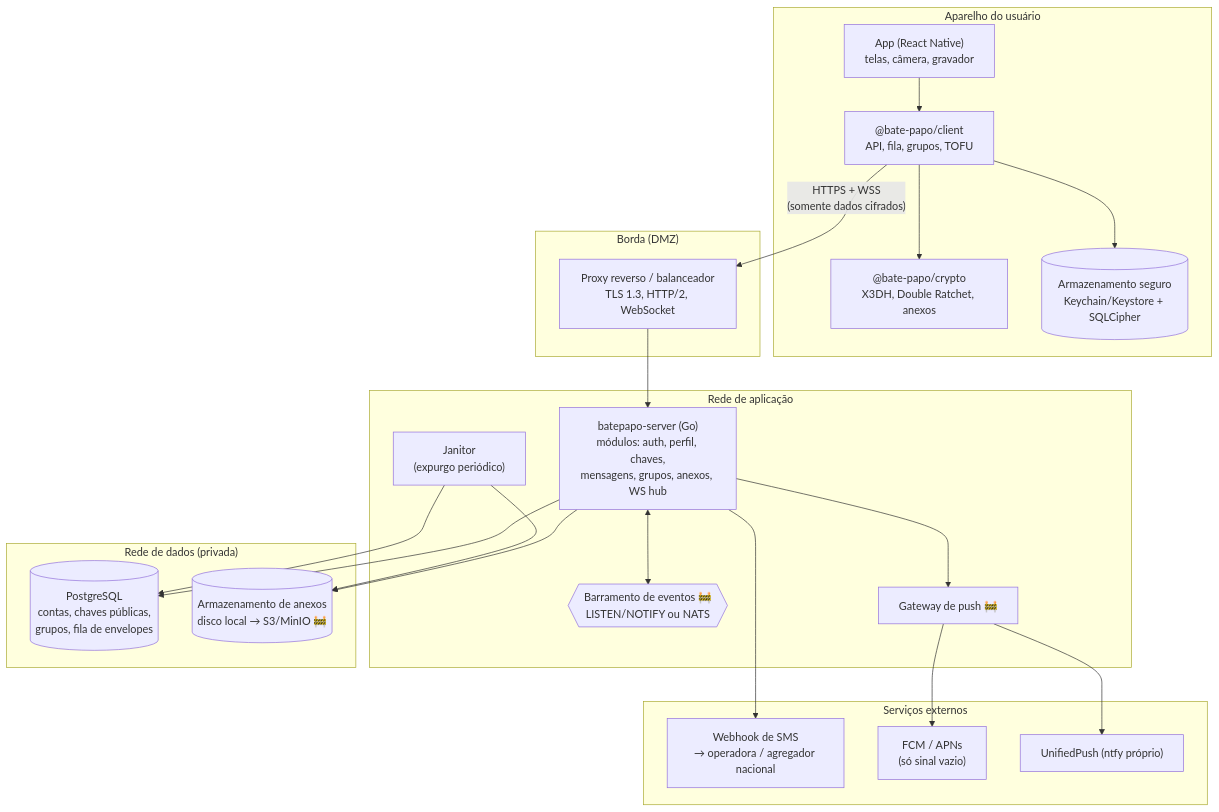
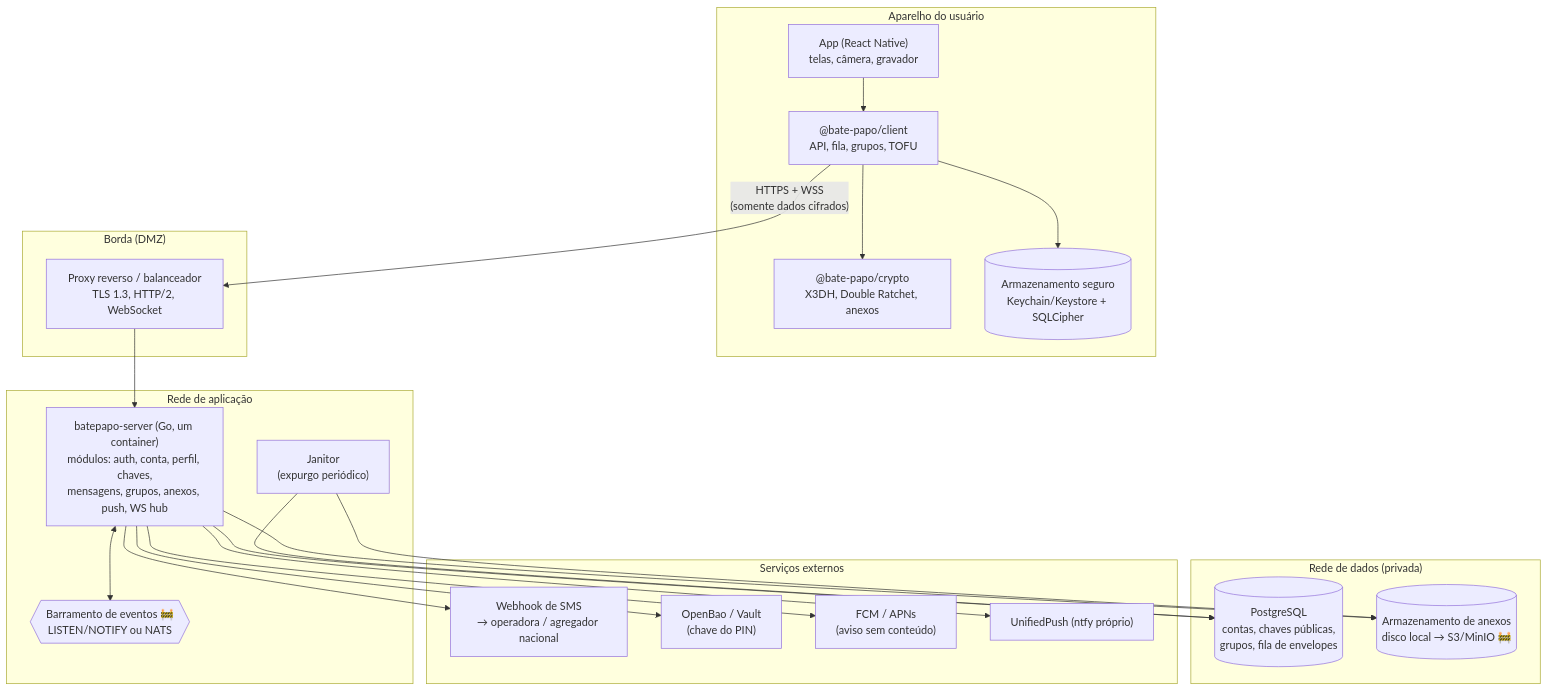
The third of 10 diagrams in docs/arquitetura-funcional.md (rodrigoffonseca/bate-papo), drawn with Mermaid before and after one commit. The commit also changed other lines of this file and 1 other file, not shown here.

````diff
--- a/docs/arquitetura-funcional.md
+++ b/docs/arquitetura-funcional.md
@@ -95,41 +218,42 @@
 ```mermaid
 flowchart TB
     subgraph Aparelho["Aparelho do usuário"]
         UI["App (React Native)<br/>telas, câmera, gravador"]
         SDK["@bate-papo/client<br/>API, fila, grupos, TOFU"]
         CRY["@bate-papo/crypto<br/>X3DH, Double Ratchet, anexos"]
         STO[("Armazenamento seguro<br/>Keychain/Keystore + SQLCipher")]
         UI --> SDK --> CRY
         SDK --> STO
     end
 
     subgraph Borda["Borda (DMZ)"]
         LB["Proxy reverso / balanceador<br/>TLS 1.3, HTTP/2, WebSocket"]
     end
 
     subgraph Aplicacao["Rede de aplicação"]
-        API["batepapo-server (Go)<br/>módulos: auth, perfil, chaves,<br/>mensagens, grupos, anexos, WS hub"]
+        API["batepapo-server (Go, um container)<br/>módulos: auth, conta, perfil, chaves,<br/>mensagens, grupos, anexos, push, WS hub"]
         JAN["Janitor<br/>(expurgo periódico)"]
         BUS{{"Barramento de eventos 🚧<br/>LISTEN/NOTIFY ou NATS"}}
-        PUSHGW["Gateway de push 🚧"]
     end
 
     subgraph Dados["Rede de dados (privada)"]
         PG[("PostgreSQL<br/>contas, chaves públicas,<br/>grupos, fila de envelopes")]
         BLOB[("Armazenamento de anexos<br/>disco local → S3/MinIO 🚧")]
     end
 
     subgraph Externos["Serviços externos"]
         SMS["Webhook de SMS<br/>→ operadora / agregador nacional"]
-        FCM["FCM / APNs<br/>(só sinal vazio)"]
+        BAO["OpenBao / Vault<br/>(chave do PIN)"]
+        FCM["FCM / APNs<br/>(aviso sem conteúdo)"]
         UP["UnifiedPush (ntfy próprio)"]
     end
 
     SDK -- "HTTPS + WSS<br/>(somente dados cifrados)" --> LB --> API
     API --> PG
     API --> BLOB
     API --> SMS
+    API --> BAO
     API <--> BUS
-    API --> PUSHGW --> FCM & UP
+    API --> FCM & UP
     JAN --> PG & BLOB
 ```
````
